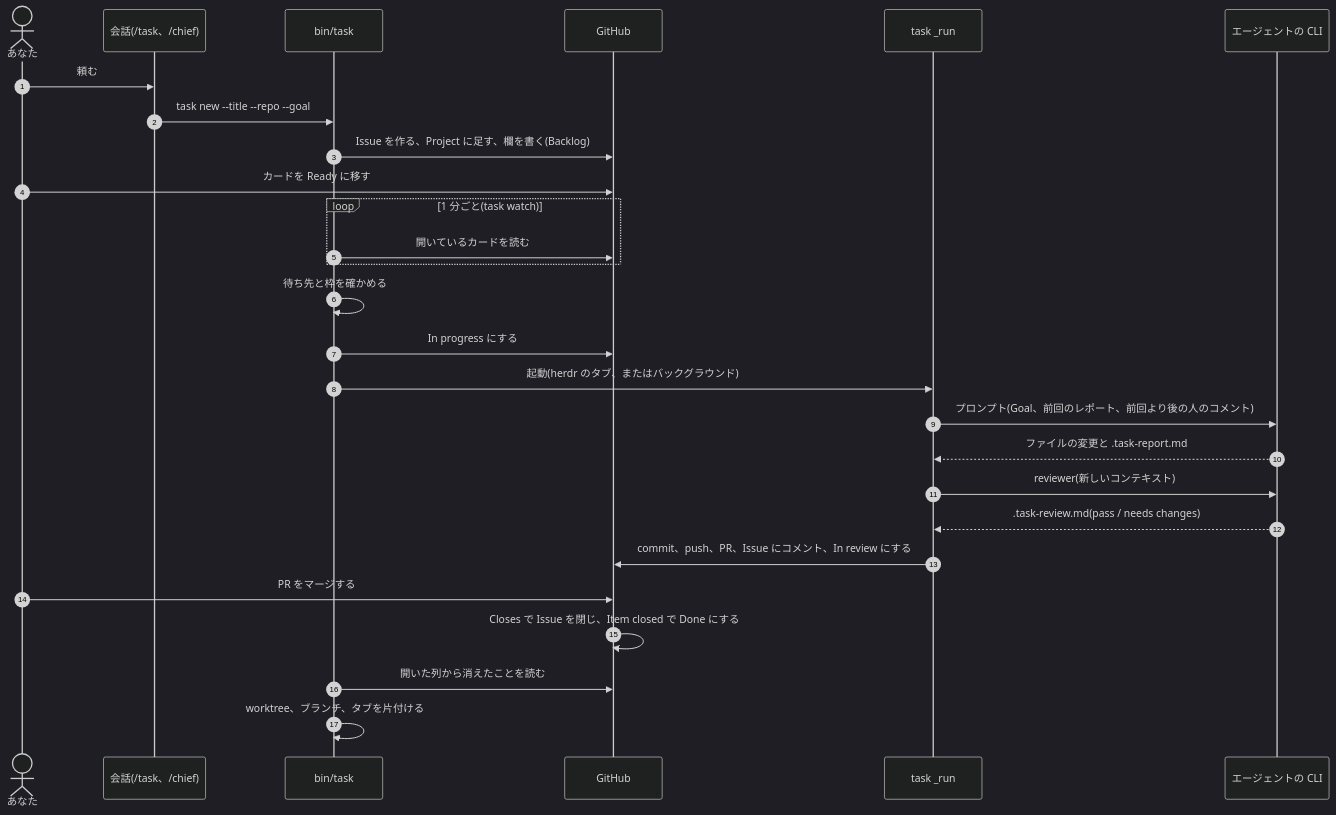
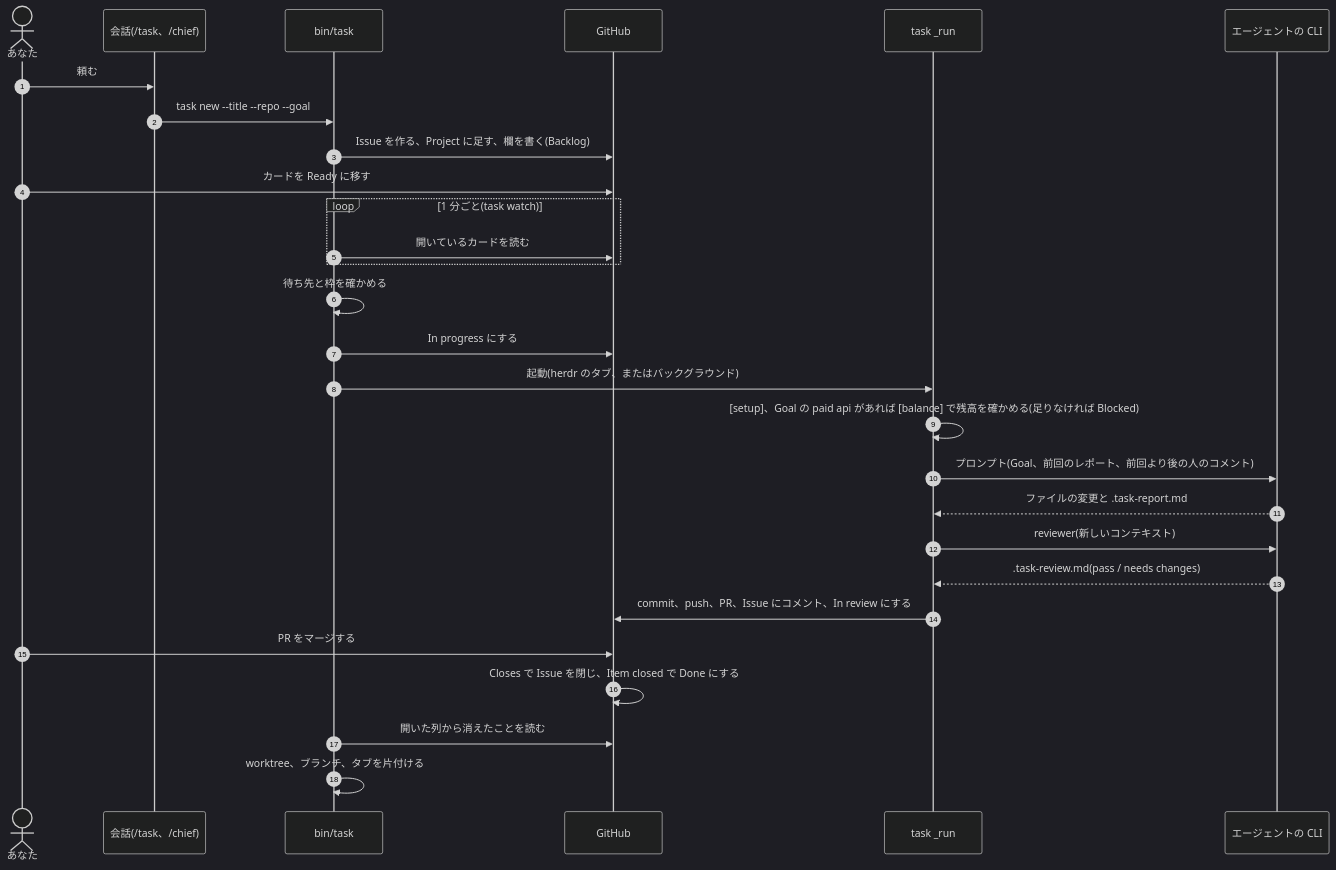
One commit to jyoka/task-hub changed the third of 9 diagrams in docs/architecture/hld.md. Above: the diagram before and after it, drawn with Mermaid (dark theme). The commit also changed other lines of this file and 12 other files, not shown here.

````diff
--- a/docs/architecture/hld.md
+++ b/docs/architecture/hld.md
@@ -156,30 +156,31 @@
 ```mermaid
 sequenceDiagram
     autonumber
     actor You as あなた
     participant Chat as 会話(/task、/chief)
     participant Task as bin/task
     participant GH as GitHub
     participant Run as task _run
     participant Agent as エージェントの CLI
 
     You->>Chat: 頼む
     Chat->>Task: task new --title --repo --goal
     Task->>GH: Issue を作る、Project に足す、欄を書く(Backlog)
     You->>GH: カードを Ready に移す
     loop 1 分ごと(task watch)
         Task->>GH: 開いているカードを読む
     end
     Task->>Task: 待ち先と枠を確かめる
     Task->>GH: In progress にする
     Task->>Run: 起動(herdr のタブ、またはバックグラウンド)
+    Run->>Run: [setup]、Goal の paid api があれば [balance] で残高を確かめる(足りなければ Blocked)
     Run->>Agent: プロンプト(Goal、前回のレポート、前回より後の人のコメント)
     Agent-->>Run: ファイルの変更と .task-report.md
     Run->>Agent: reviewer(新しいコンテキスト)
     Agent-->>Run: .task-review.md(pass / needs changes)
     Run->>GH: commit、push、PR、Issue にコメント、In review にする
     You->>GH: PR をマージする
     GH->>GH: Closes で Issue を閉じ、Item closed で Done にする
     Task->>GH: 開いた列から消えたことを読む
     Task->>Task: worktree、ブランチ、タブを片付ける
 ```
````
